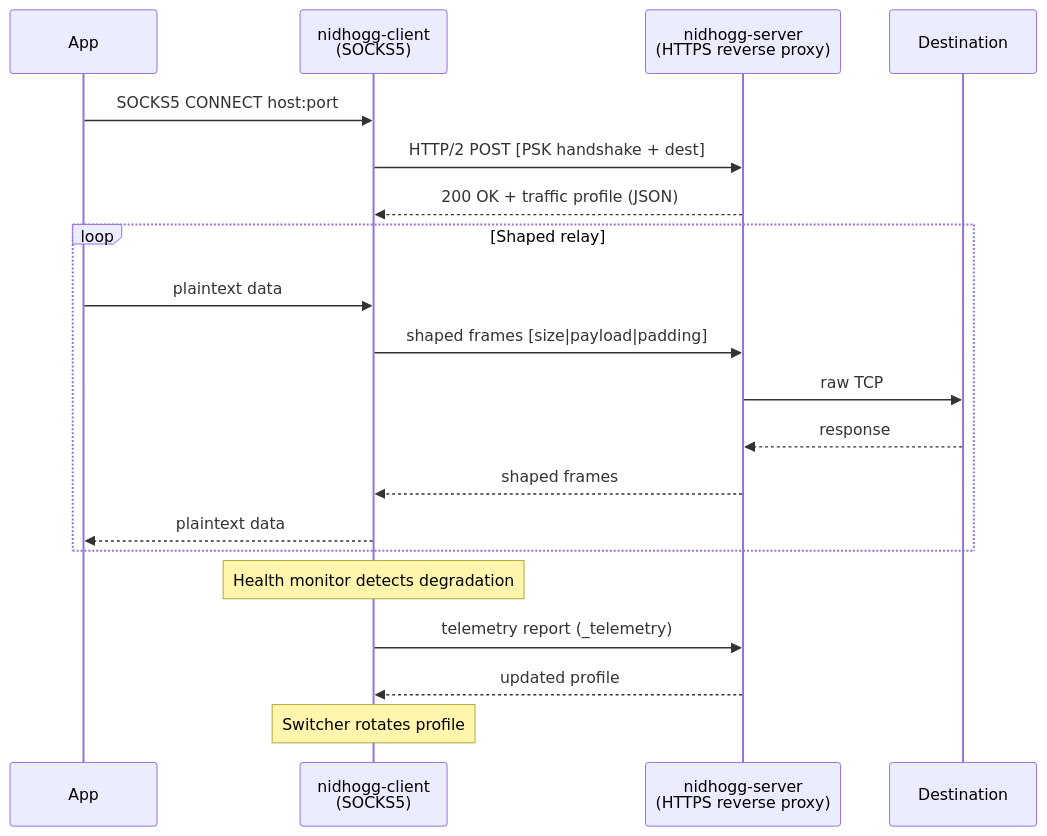
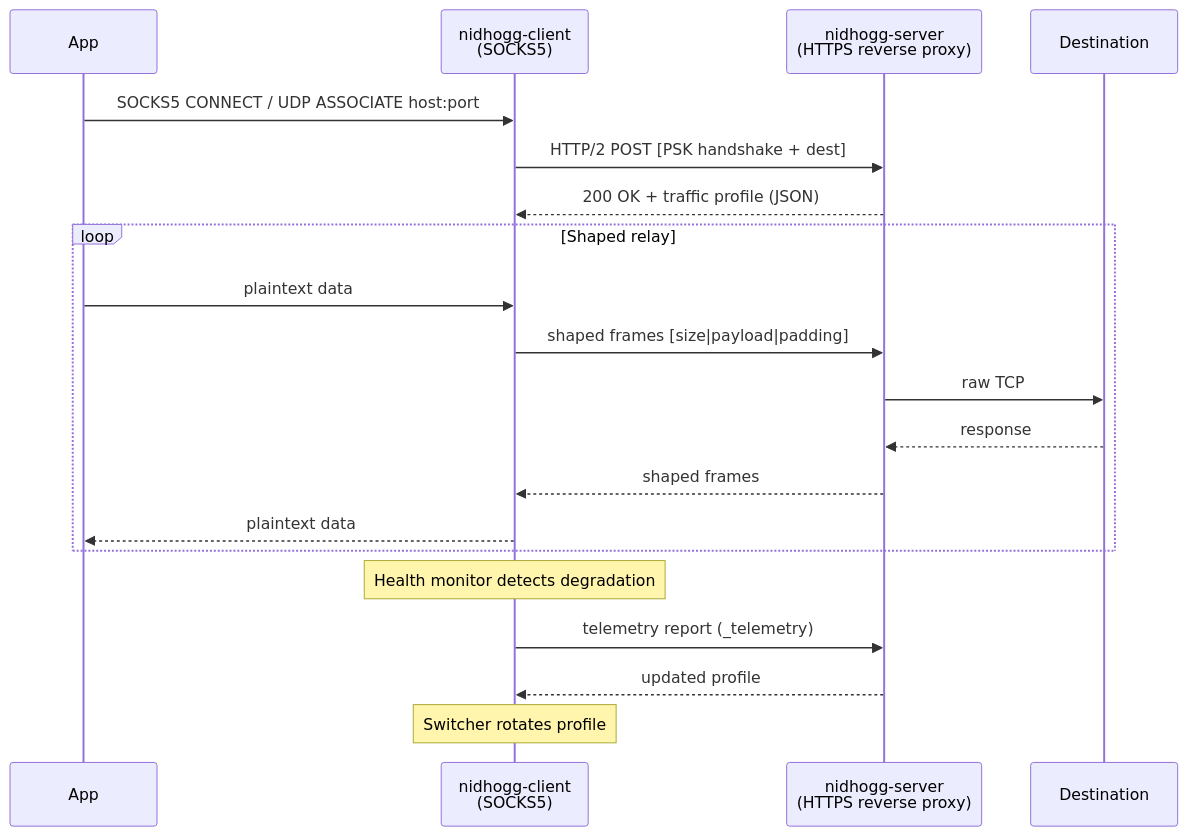
Before and after one commit to Aesleif/Nidhogg: the diagram in README.md, drawn with Mermaid. The commit also changed other lines of this file and 4 other files, not shown here.

````diff
--- a/README.md
+++ b/README.md
@@ -24,25 +26,25 @@
 ```mermaid
 sequenceDiagram
     participant App
     participant Client as nidhogg-client<br/>(SOCKS5)
     participant Server as nidhogg-server<br/>(HTTPS reverse proxy)
     participant Target as Destination
 
-    App->>Client: SOCKS5 CONNECT host:port
+    App->>Client: SOCKS5 CONNECT / UDP ASSOCIATE host:port
     Client->>Server: HTTP/2 POST [PSK handshake + dest]
     Server-->>Client: 200 OK + traffic profile (JSON)
 
     loop Shaped relay
         App->>Client: plaintext data
         Client->>Server: shaped frames [size|payload|padding]
         Server->>Target: raw TCP
         Target-->>Server: response
         Server-->>Client: shaped frames
         Client-->>App: plaintext data
     end
 
     Note over Client: Health monitor detects degradation
     Client->>Server: telemetry report (_telemetry)
     Server-->>Client: updated profile
     Note over Client: Switcher rotates profile
 ```
````
